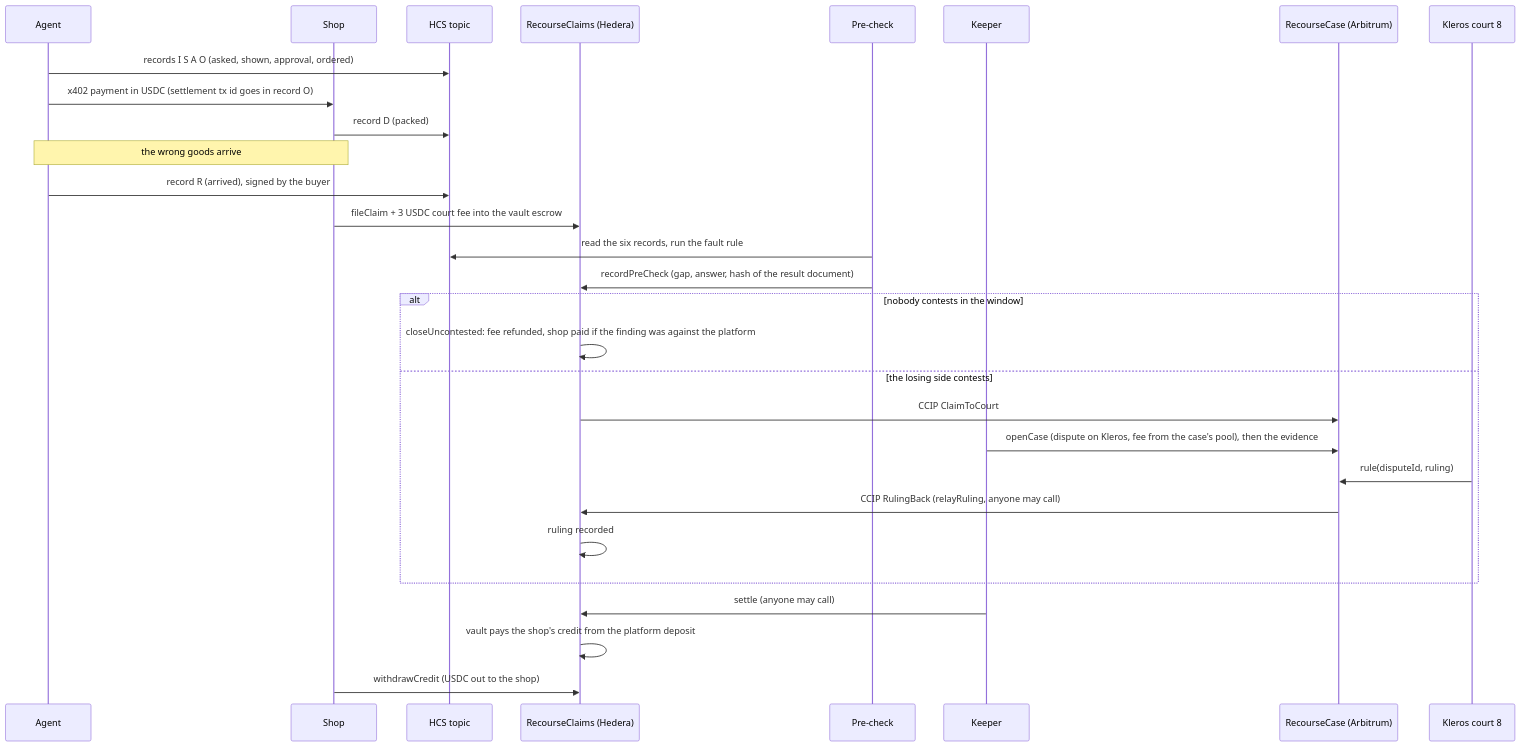
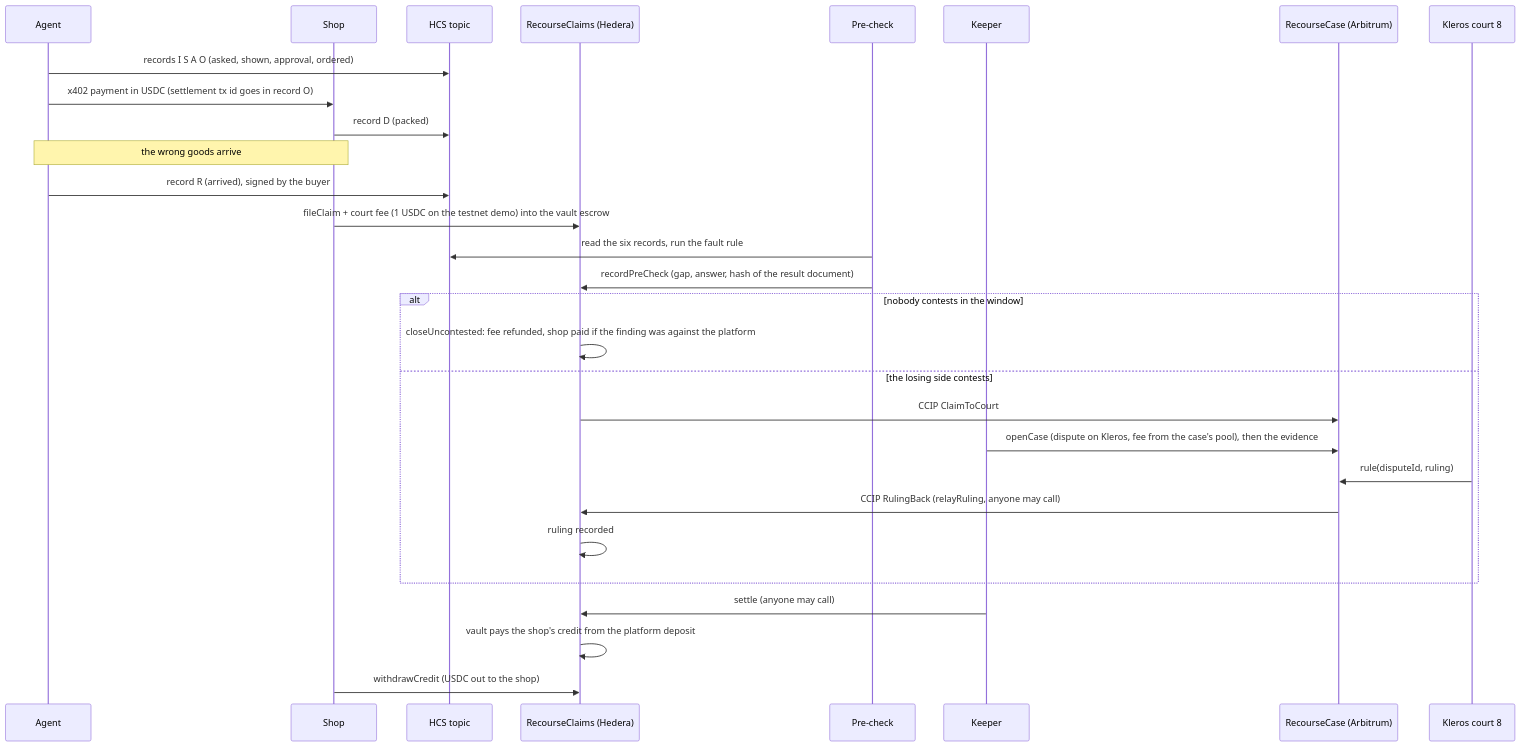
One commit to mani99brar/recourse changed the second of 2 diagrams in README.md. Above: the diagram before and after it, drawn with Mermaid. The commit also changed other lines of this file and 1 other file, not shown here.

Commit message:
deploy(hedera): demo USDC params set on testnet; README state

````diff
--- a/README.md
+++ b/README.md
@@ -60,31 +60,31 @@
 ```mermaid
 sequenceDiagram
   participant Ag as Agent
   participant Sh as Shop
   participant HCS as HCS topic
   participant CL as RecourseClaims (Hedera)
   participant PC as Pre-check
   participant KP as Keeper
   participant RC as RecourseCase (Arbitrum)
   participant K as Kleros court 8
   Ag->>HCS: records I S A O (asked, shown, approval, ordered)
   Ag->>Sh: x402 payment in USDC (settlement tx id goes in record O)
   Sh->>HCS: record D (packed)
   Note over Ag,Sh: the wrong goods arrive
   Ag->>HCS: record R (arrived), signed by the buyer
-  Sh->>CL: fileClaim + 3 USDC court fee into the vault escrow
+  Sh->>CL: fileClaim + court fee (1 USDC on the testnet demo) into the vault escrow
   PC->>HCS: read the six records, run the fault rule
   PC->>CL: recordPreCheck (gap, answer, hash of the result document)
   alt nobody contests in the window
     CL->>CL: closeUncontested: fee refunded, shop paid if the finding was against the platform
   else the losing side contests
     CL->>RC: CCIP ClaimToCourt
     KP->>RC: openCase (dispute on Kleros, fee from the case's pool), then the evidence
     K->>RC: rule(disputeId, ruling)
     RC->>CL: CCIP RulingBack (relayRuling, anyone may call)
     CL->>CL: ruling recorded
   end
   KP->>CL: settle (anyone may call)
   CL->>CL: vault pays the shop's credit from the platform deposit
   Sh->>CL: withdrawCredit (USDC out to the shop)
 ```
````
